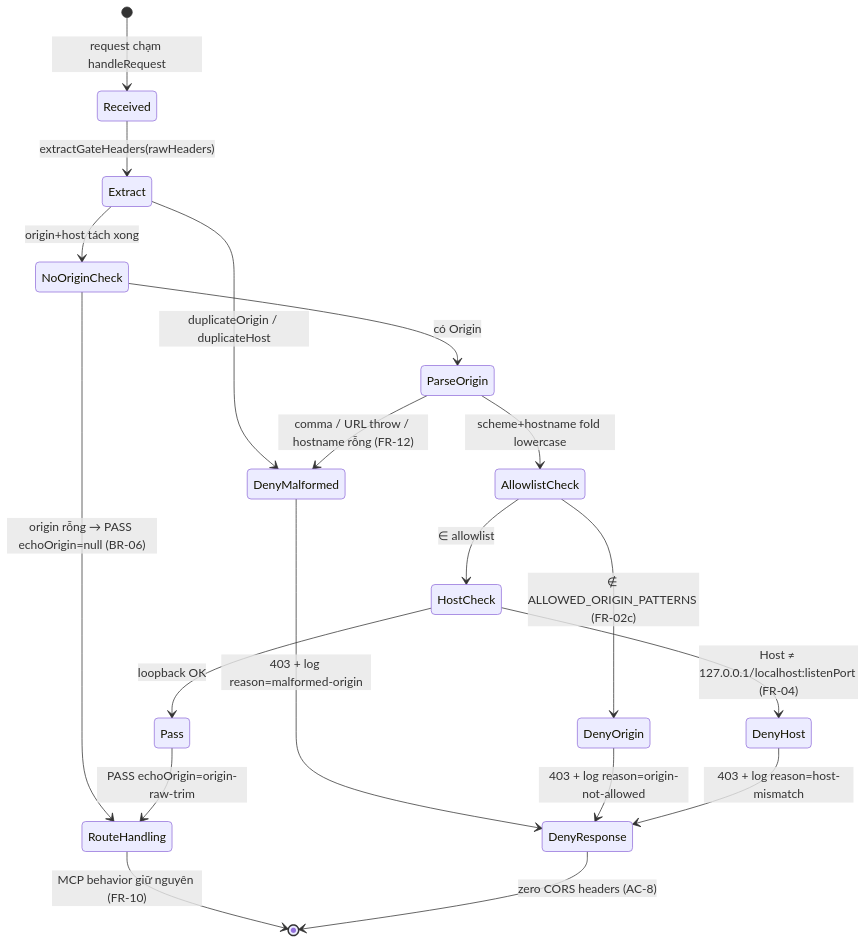
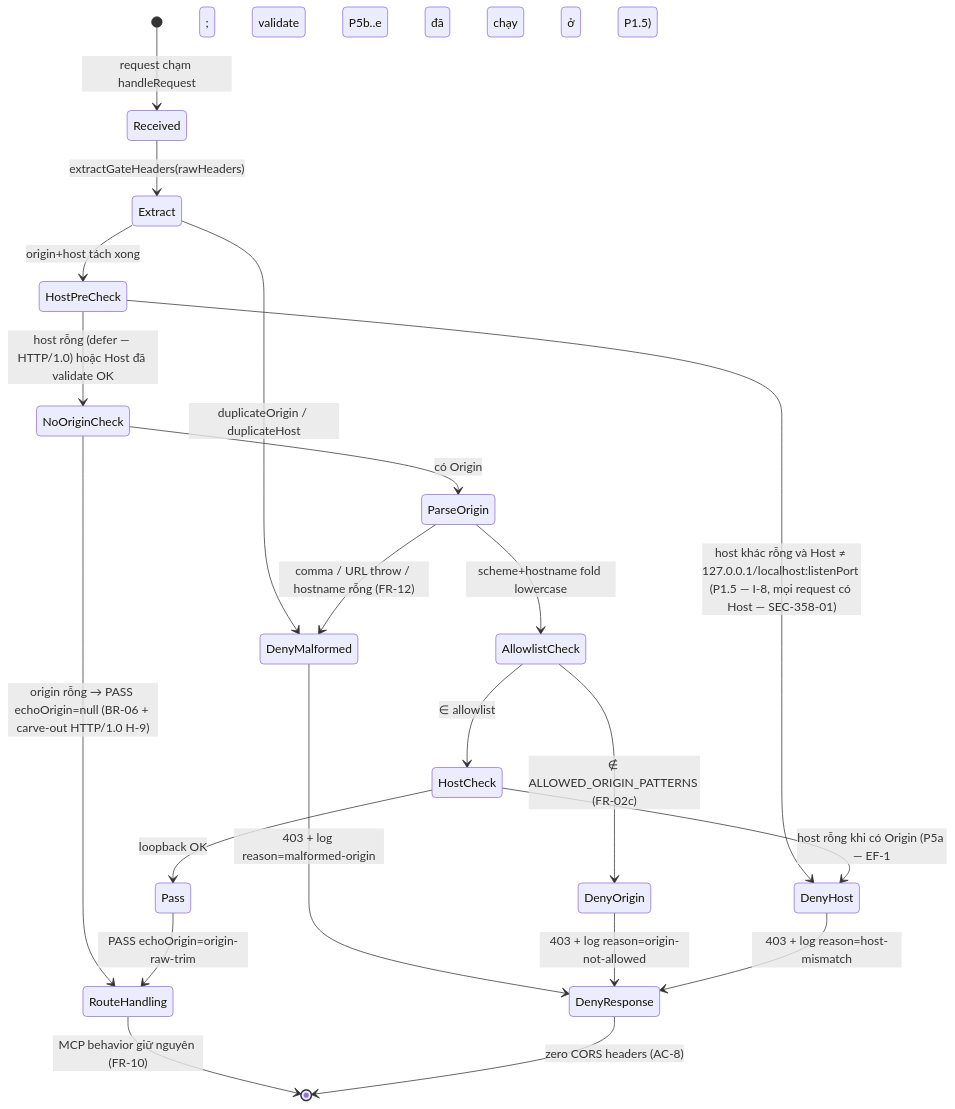
The third of 4 diagrams in documents/SA4E-358/TDD.md (dnguyenminh/SDLC-Agents-4-Enteprise), drawn with Mermaid before and after one commit. The commit also changed other lines of this file and 30 other files, not shown here.

````diff
--- a/documents/SA4E-358/TDD.md
+++ b/documents/SA4E-358/TDD.md
@@ -234,21 +243,23 @@
 ```mermaid
 stateDiagram-v2
     [*] --> Received: request chạm handleRequest
     Received --> Extract: extractGateHeaders(rawHeaders)
     Extract --> DenyMalformed: duplicateOrigin / duplicateHost
-    Extract --> NoOriginCheck: origin+host tách xong
-    NoOriginCheck --> RouteHandling: origin rỗng → PASS echoOrigin=null (BR-06)
+    Extract --> HostPreCheck: origin+host tách xong
+    HostPreCheck --> DenyHost: host khác rỗng và Host ≠ 127.0.0.1/localhost:listenPort (P1.5 — I-8, mọi request có Host — SEC-358-01)
+    HostPreCheck --> NoOriginCheck: host rỗng (defer — HTTP/1.0) hoặc Host đã validate OK
+    NoOriginCheck --> RouteHandling: origin rỗng → PASS echoOrigin=null (BR-06 + carve-out HTTP/1.0 H-9)
     NoOriginCheck --> ParseOrigin: có Origin
     ParseOrigin --> DenyMalformed: comma / URL throw / hostname rỗng (FR-12)
     ParseOrigin --> AllowlistCheck: scheme+hostname fold lowercase
     AllowlistCheck --> DenyOrigin: ∉ ALLOWED_ORIGIN_PATTERNS (FR-02c)
     AllowlistCheck --> HostCheck: ∈ allowlist
-    HostCheck --> DenyHost: Host ≠ 127.0.0.1/localhost:listenPort (FR-04)
+    HostCheck --> DenyHost: host rỗng khi có Origin (P5a — EF-1; validate P5b..e đã chạy ở P1.5)
     HostCheck --> Pass: loopback OK
     Pass --> RouteHandling: PASS echoOrigin=origin-raw-trim
     RouteHandling --> [*]: MCP behavior giữ nguyên (FR-10)
     DenyMalformed --> DenyResponse: 403 + log reason=malformed-origin
     DenyOrigin --> DenyResponse: 403 + log reason=origin-not-allowed
     DenyHost --> DenyResponse: 403 + log reason=host-mismatch
     DenyResponse --> [*]: zero CORS headers (AC-8)
 ```
````
